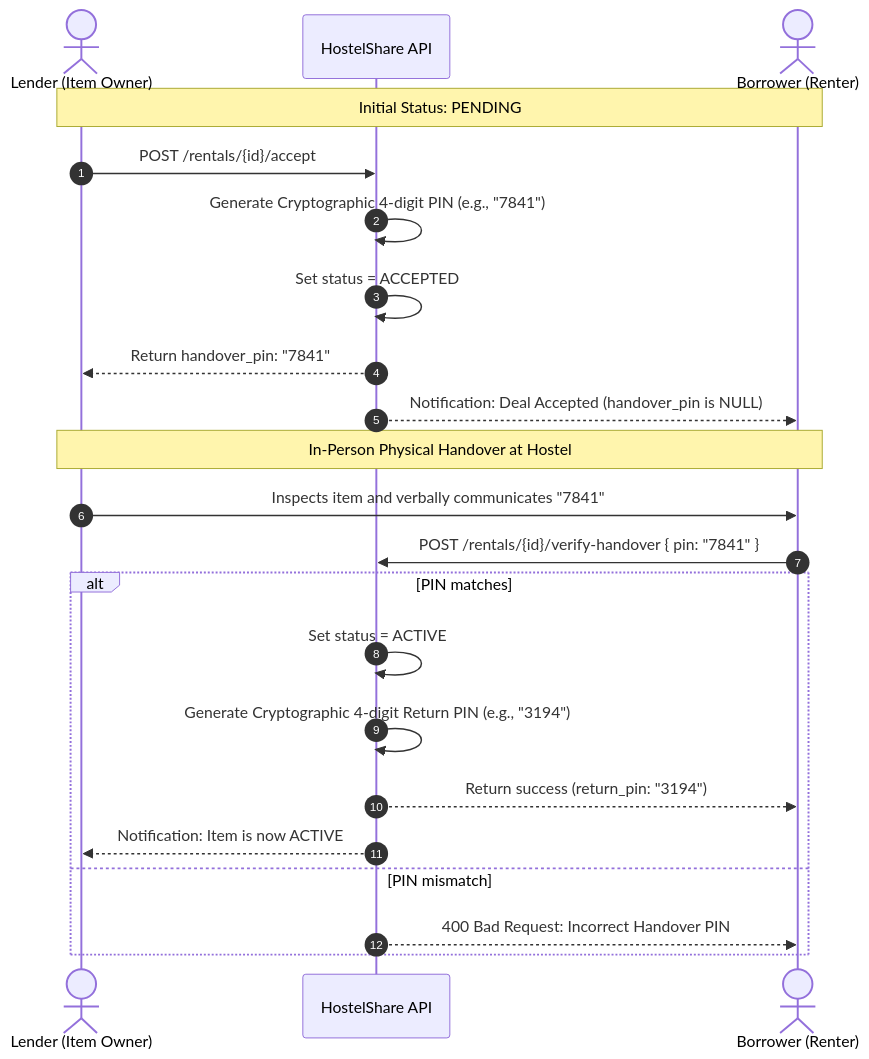
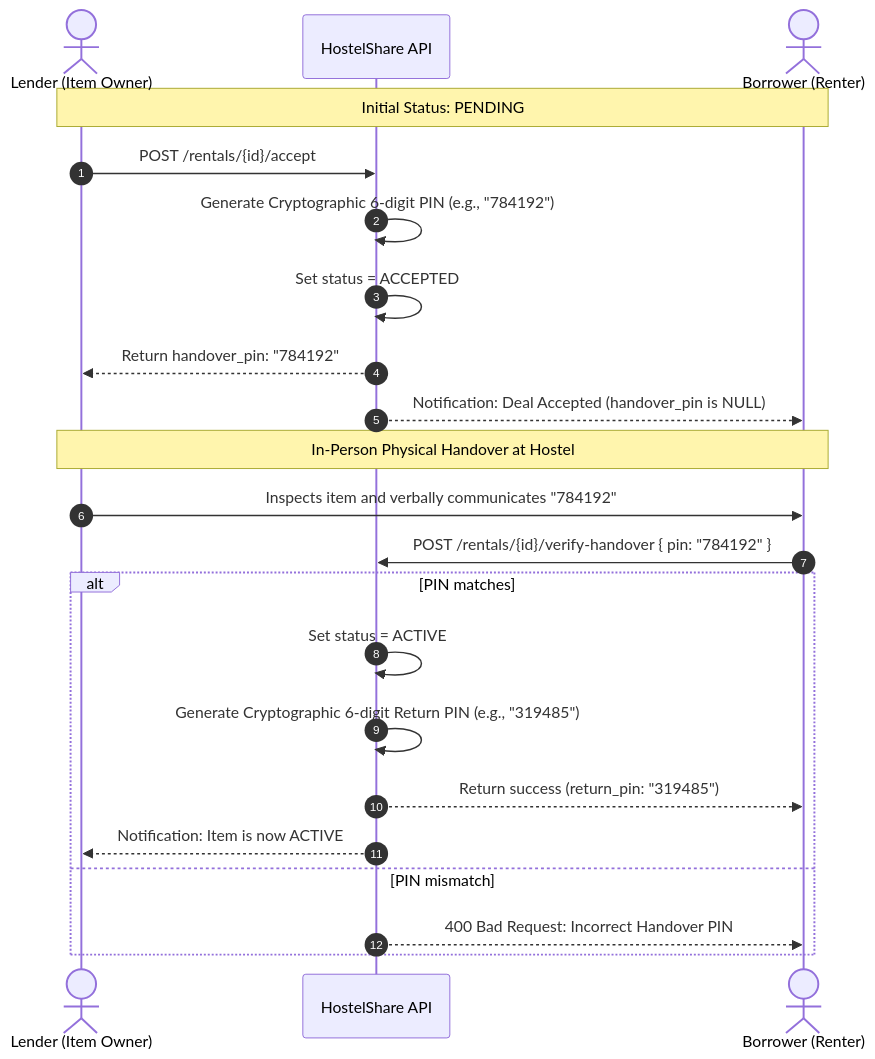
Before and after one commit to 2405380-ship-it/Hostel_rental_service: the second of 4 diagrams in docs/STATE_MACHINE.md, drawn with Mermaid. The commit also changed other lines of this file and 14 other files, not shown here.

````diff
--- a/docs/STATE_MACHINE.md
+++ b/docs/STATE_MACHINE.md
@@ -54,27 +54,27 @@
 ```mermaid
 sequenceDiagram
     autonumber
     actor Lender as Lender (Item Owner)
     participant Server as HostelShare API
     actor Borrower as Borrower (Renter)
 
     Note over Borrower,Lender: Initial Status: PENDING
     Lender->>Server: POST /rentals/{id}/accept
-    Server->>Server: Generate Cryptographic 4-digit PIN (e.g., "7841")
+    Server->>Server: Generate Cryptographic 6-digit PIN (e.g., "784192")
     Server->>Server: Set status = ACCEPTED
-    Server-->>Lender: Return handover_pin: "7841"
+    Server-->>Lender: Return handover_pin: "784192"
     Server-->>Borrower: Notification: Deal Accepted (handover_pin is NULL)
 
     Note over Lender,Borrower: In-Person Physical Handover at Hostel
-    Lender->>Borrower: Inspects item and verbally communicates "7841"
-    Borrower->>Server: POST /rentals/{id}/verify-handover { pin: "7841" }
+    Lender->>Borrower: Inspects item and verbally communicates "784192"
+    Borrower->>Server: POST /rentals/{id}/verify-handover { pin: "784192" }
     
     alt PIN matches
         Server->>Server: Set status = ACTIVE
-        Server->>Server: Generate Cryptographic 4-digit Return PIN (e.g., "3194")
-        Server-->>Borrower: Return success (return_pin: "3194")
+        Server->>Server: Generate Cryptographic 6-digit Return PIN (e.g., "319485")
+        Server-->>Borrower: Return success (return_pin: "319485")
         Server-->>Lender: Notification: Item is now ACTIVE
     else PIN mismatch
         Server-->>Borrower: 400 Bad Request: Incorrect Handover PIN
     end
 ```
````
